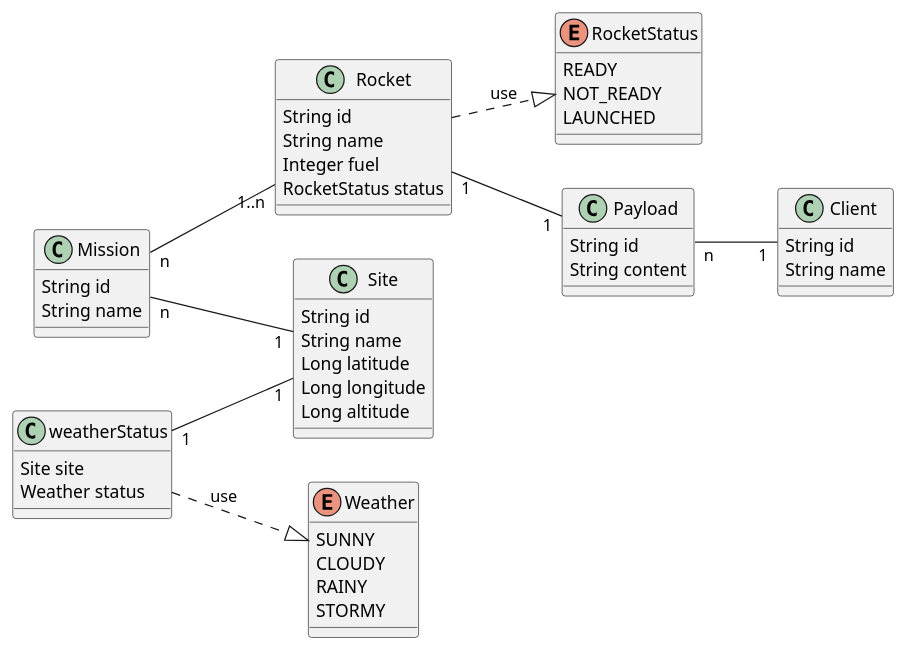
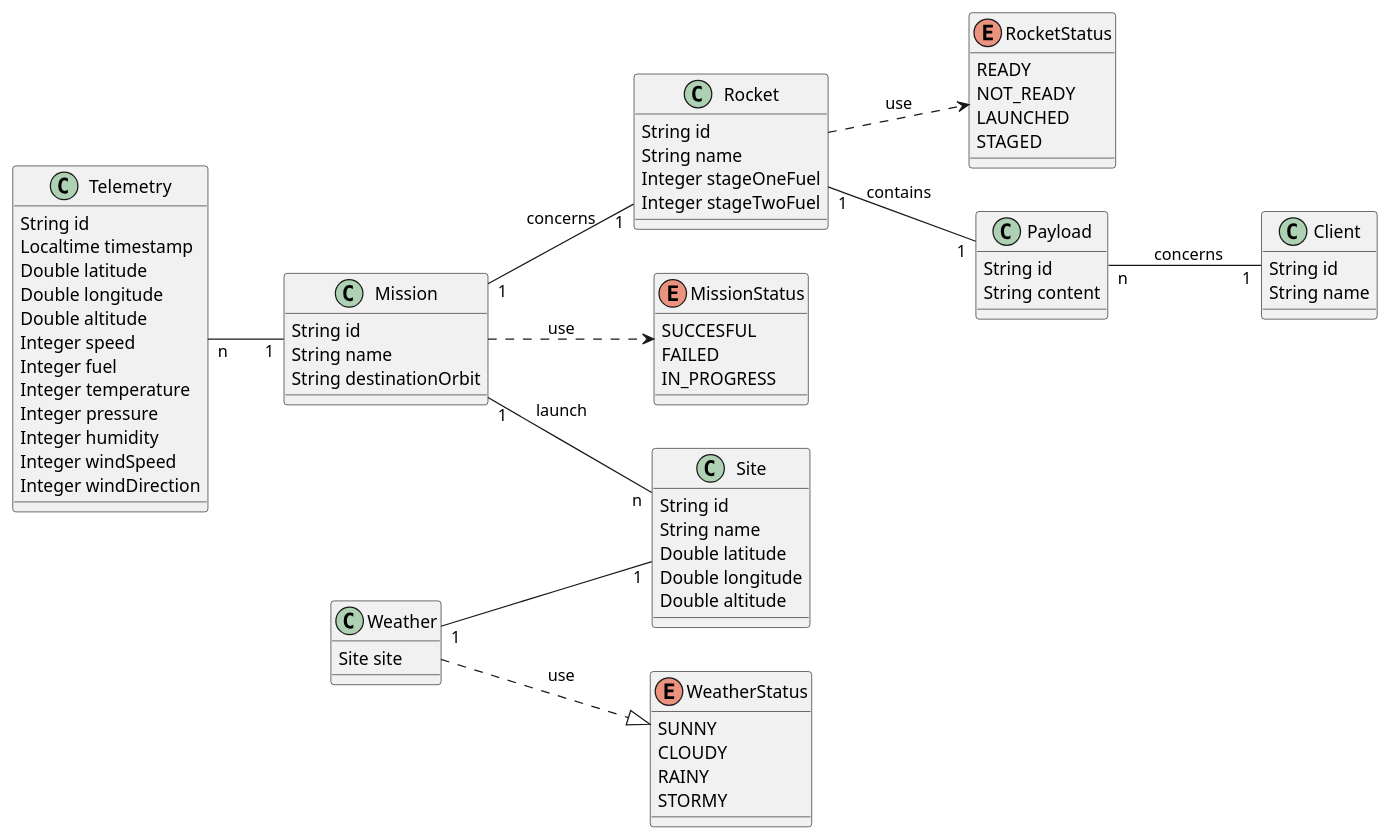
The diagram in docs/class-diagram.wsd (ImeneYAHIAOUI/MARS-Y), drawn with PlantUML before and after one commit. The commit also changed 1 other file, not shown here.

```diff
--- a/docs/class-diagram.wsd
+++ b/docs/class-diagram.wsd
@@ -1,58 +1,86 @@
 @startuml
 left to right direction
+
+class Telemetry {
+    String id
+    Localtime timestamp
+    Double latitude
+    Double longitude
+    Double altitude 
+    Integer speed 
+    Integer fuel 
+    Integer temperature
+    Integer pressure
+    Integer humidity
+    Integer windSpeed
+    Integer windDirection
+}
 
 enum RocketStatus {
     READY
     NOT_READY
     LAUNCHED
+    STAGED
 }
 
 class Rocket {
     String id
     String name
-    Integer fuel
-    RocketStatus status
+    Integer stageOneFuel
+    Integer stageTwoFuel
 }
 
 class Payload {
     String id 
     String content
 } 
 
 class Mission {
     String id 
-    String name
+    String name 
+    String destinationOrbit
+}
+
+enum MissionStatus {
+    SUCCESFUL
+    FAILED
+    IN_PROGRESS
 }
 
 class Site {
     String id
     String name
-    Long latitude
-    Long longitude
-    Long altitude
+    Double latitude
+    Double longitude
+    Double altitude
 }
-Enum Weather {
+Enum WeatherStatus {
     SUNNY
     CLOUDY
     RAINY
     STORMY
 }
-class weatherStatus {
+
+class Weather {
     Site site
-    Weather status
 }
-weatherStatus ..|> Weather : use
-weatherStatus "1"--"1" Site
+
+Weather ..|> WeatherStatus : use
+Weather "1"--"1" Site
 
 class Client {
     String id 
     String name 
 }
 
-Rocket ..|> RocketStatus : use
-Rocket "1"--"1" Payload
-Payload "n"--"1" Client
-Mission "n"--"1" Site
-Mission "n"--"1..n" Rocket
+Rocket ..> RocketStatus : use
+Rocket "1"--"1" Payload : contains
+Payload "n"--"1" Client : concerns
+Mission "1"--"n" Site : launch
+Mission "1"--"1" Rocket : concerns
+Mission ..> MissionStatus : use
+
+
+Telemetry "n"--"1" Mission
 
 @enduml
```
